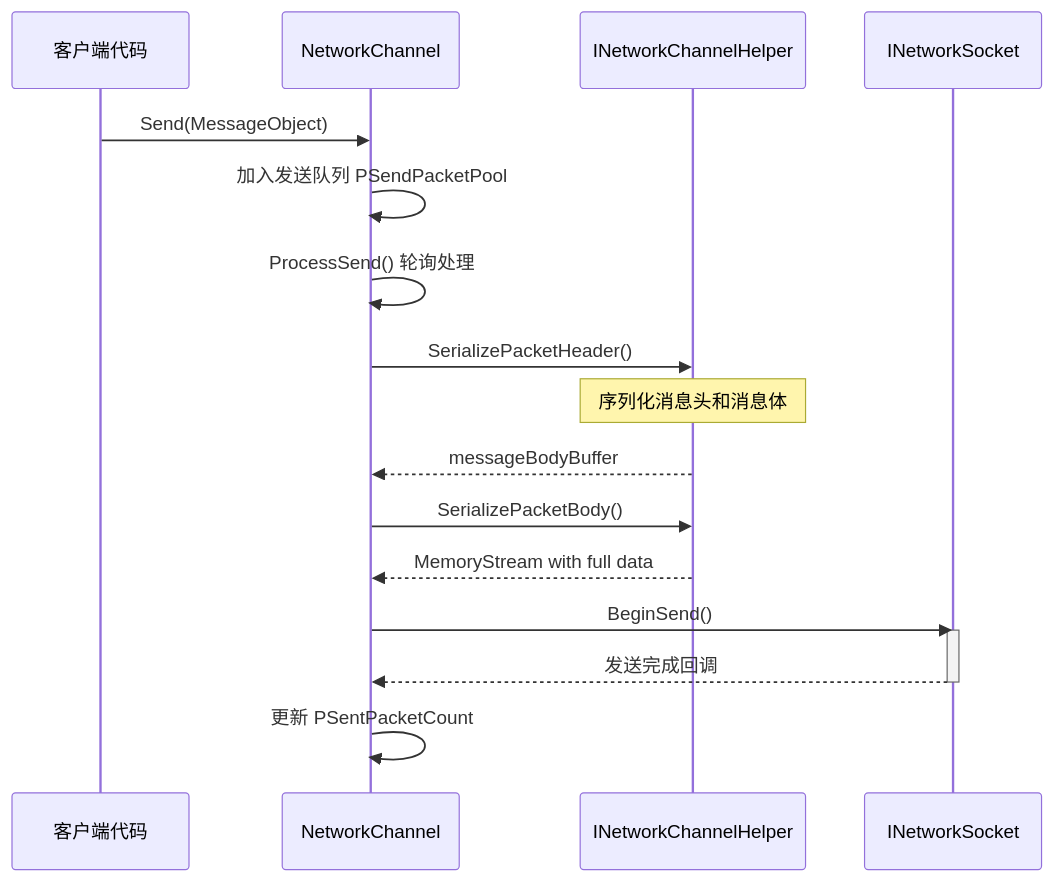
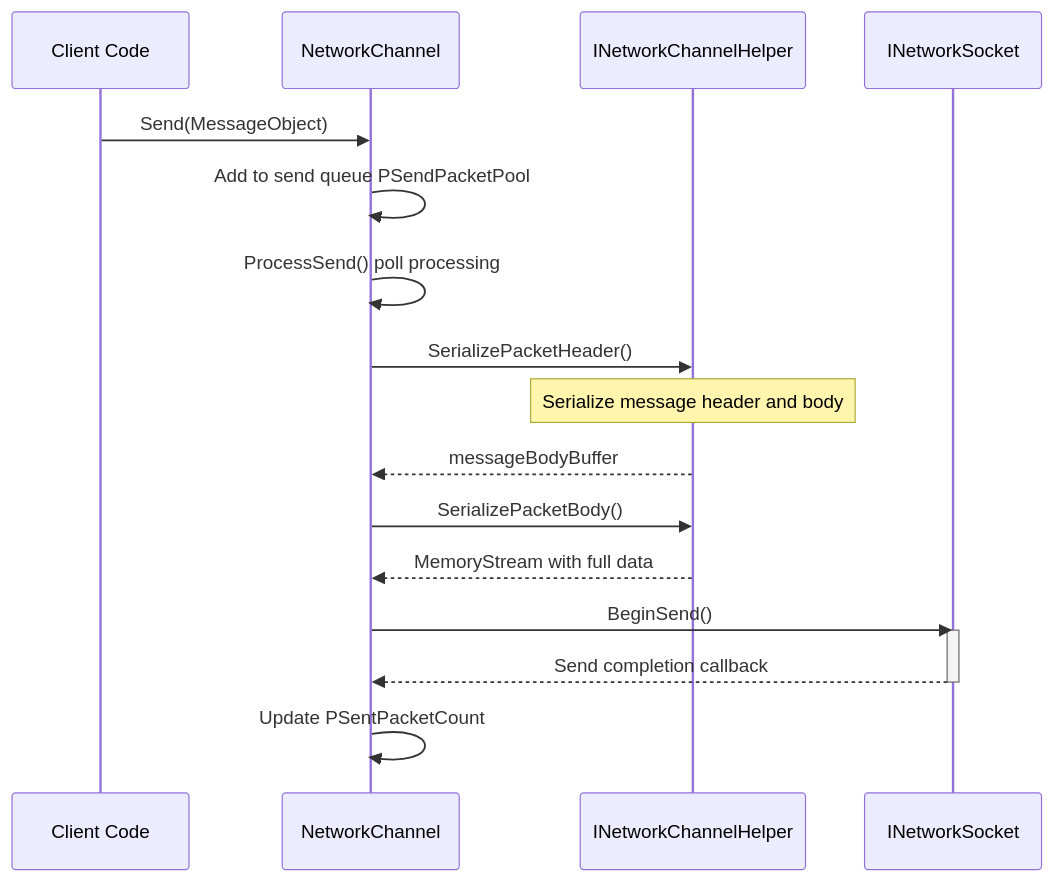
Before and after one commit to AlianBlank/GameFrameX.Docs: the second of 4 diagrams in docs/en/client/unity/component/network/05.network-channel.md, drawn with Mermaid. The commit also changed other lines of this file and 242 other files, not shown here.

````diff
--- a/docs/en/client/unity/component/network/05.network-channel.md
+++ b/docs/en/client/unity/component/network/05.network-channel.md
@@ -102,21 +102,21 @@
 ```mermaid
 sequenceDiagram
-    participant Client as 客户端代码
+    participant Client as Client Code
     participant Channel as NetworkChannel
     participant Helper as INetworkChannelHelper
     participant Socket as INetworkSocket
-    
+
     Client->>Channel: Send(MessageObject)
-    Channel->>Channel: 加入发送队列 PSendPacketPool
-    Channel->>Channel: ProcessSend() 轮询处理
+    Channel->>Channel: Add to send queue PSendPacketPool
+    Channel->>Channel: ProcessSend() poll processing
     Channel->>Helper: SerializePacketHeader()
-    Note over Helper: 序列化消息头和消息体
+    Note over Helper: Serialize message header and body
     Helper-->>Channel: messageBodyBuffer
     Channel->>Helper: SerializePacketBody()
     Helper-->>Channel: MemoryStream with full data
     Channel->>Socket: BeginSend()
     activate Socket
-    Socket-->>Channel: 发送完成回调
+    Socket-->>Channel: Send completion callback
     deactivate Socket
-    Channel->>Channel: 更新 PSentPacketCount
+    Channel->>Channel: Update PSentPacketCount
 ```
````
